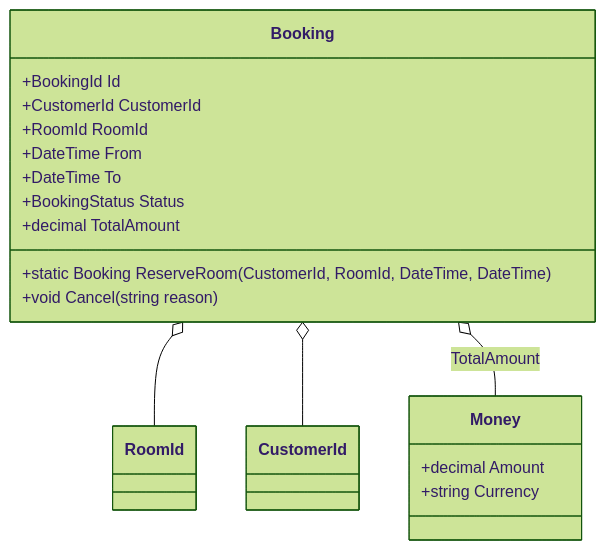
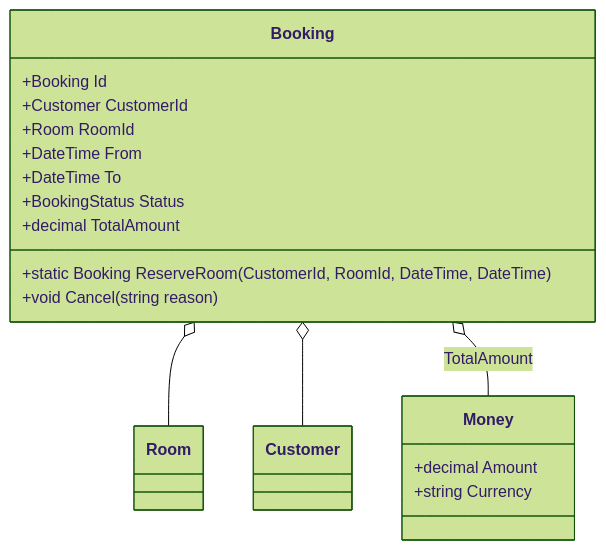
Before and after one commit to pposch/Architekturentwurf: the first of 2 diagrams in Aufgabe1/Teil B – Domain Design Buchungsservice.md, drawn with Mermaid (forest theme). The commit also changed other lines of this file, not shown here.

````diff
--- a/Aufgabe1/Teil B – Domain Design Buchungsservice.md
+++ b/Aufgabe1/Teil B – Domain Design Buchungsservice.md
@@ -5,23 +5,23 @@
 ```mermaid
 classDiagram
     class Booking {
-        +BookingId Id
-        +CustomerId CustomerId
-        +RoomId RoomId
+        +Booking Id
+        +Customer CustomerId
+        +Room RoomId
         +DateTime From
         +DateTime To
         +BookingStatus Status
         +decimal TotalAmount
         +static Booking ReserveRoom(CustomerId, RoomId, DateTime, DateTime)
         +void Cancel(string reason)
     }
-    class RoomId
-    class CustomerId
+    class Room
+    class Customer
     class Money {
         +decimal Amount
         +string Currency
     }
-    Booking o-- RoomId
-    Booking o-- CustomerId
+    Booking o-- Room
+    Booking o-- Customer
     Booking o-- Money : TotalAmount
 ```
````
